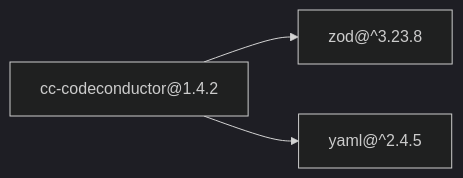
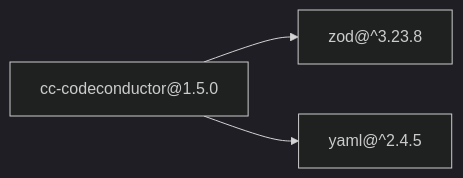
The diagram in README.md (lgzarturo/codeconductor), drawn with Mermaid (dark theme) before and after one commit. The commit also changed other lines of this file and 6 other files, not shown here.

````diff
--- a/README.md
+++ b/README.md
@@ -332,8 +332,8 @@
 ```mermaid
 graph LR
-  cc["cc-codeconductor@1.4.2"]
+  cc["cc-codeconductor@1.5.0"]
   zod["zod@^3.23.8"]
   yaml["yaml@^2.4.5"]
   cc --> zod
   cc --> yaml
 ```
````
